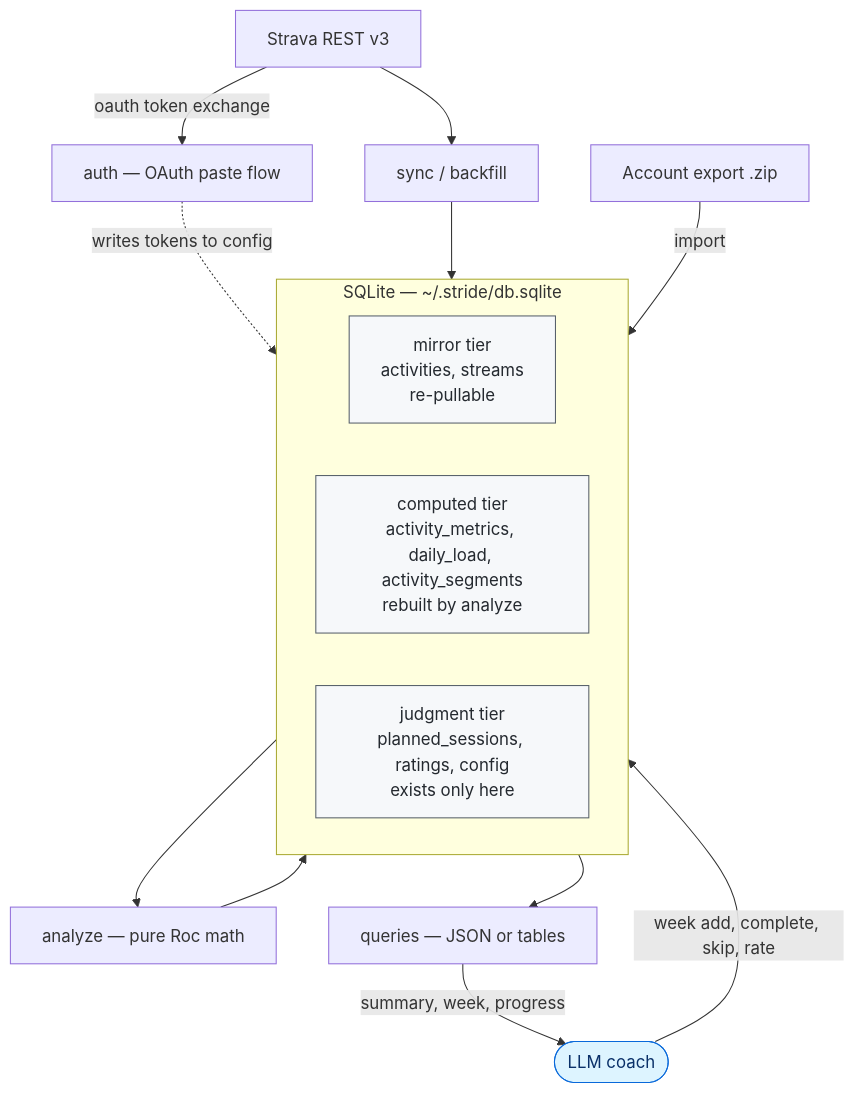
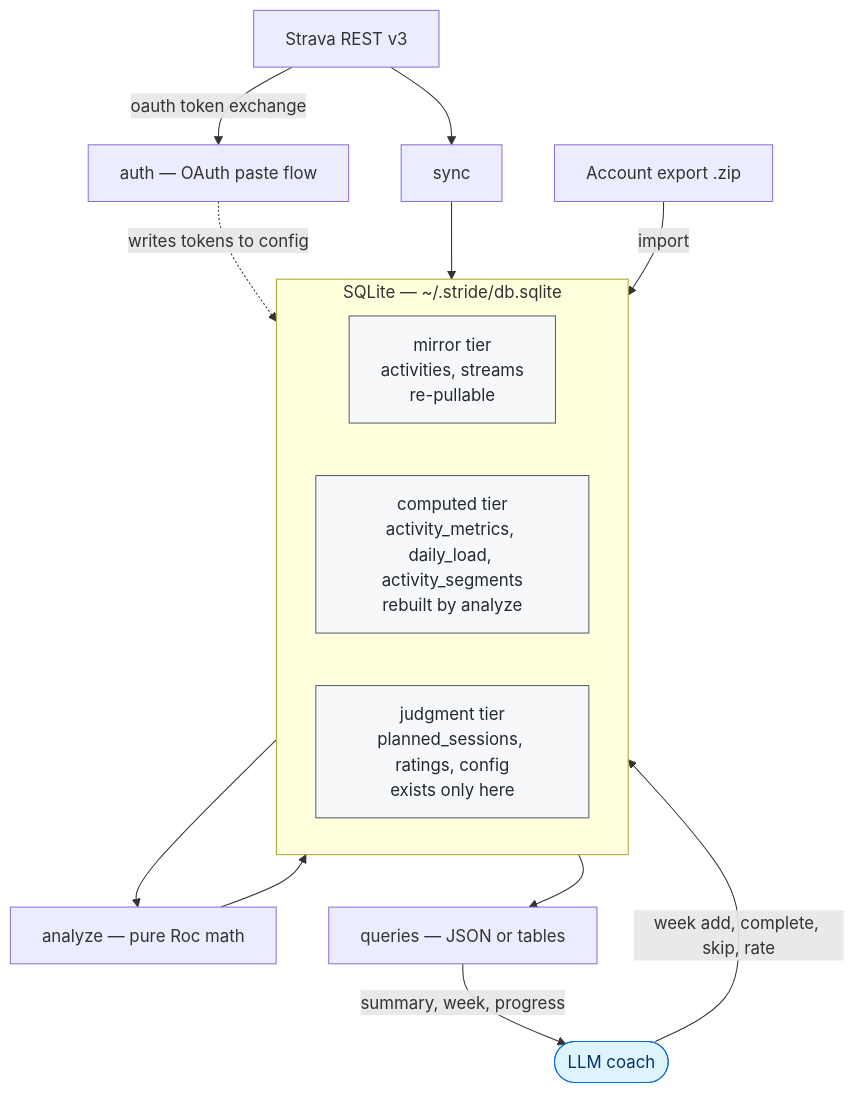
One commit to eschizoid/stride changed the diagram in README.md. Above: the diagram before and after it, drawn with Mermaid. The commit also changed other lines of this file and 20 other files, not shown here.

````diff
--- a/README.md
+++ b/README.md
@@ -326,33 +330,33 @@
 ```mermaid
 flowchart TD
     strava["Strava REST v3"]
     export["Account export .zip"]
     auth["auth — OAuth paste flow"]
-    sync["sync / backfill"]
+    sync["sync"]
 
     subgraph db["SQLite — ~/.stride/db.sqlite"]
         direction LR
         mirror["mirror tier<br>activities, streams<br>re-pullable"]
         computed["computed tier<br>activity_metrics, daily_load, activity_segments<br>rebuilt by analyze"]
         judgment["judgment tier<br>planned_sessions, ratings, config<br>exists only here"]
     end
 
     analyze["analyze — pure Roc math"]
     queries["queries — JSON or tables"]
     coach(["LLM coach"])
 
     strava -->|"oauth token exchange"| auth
     auth -.->|"writes tokens to config"| judgment
     strava --> sync --> mirror
     export -->|"import"| mirror
     mirror --> analyze --> computed
     judgment ~~~ queries
     db --> queries
     queries -->|"summary, week, progress"| coach
     coach -->|"week add, complete, skip, rate"| judgment
 
     classDef tier fill:#f6f8fa,stroke:#57606a,color:#24292f
     classDef actor fill:#ddf4ff,stroke:#0969da,color:#0a3069
     class mirror,computed,judgment tier
     class coach actor
 ```
````
